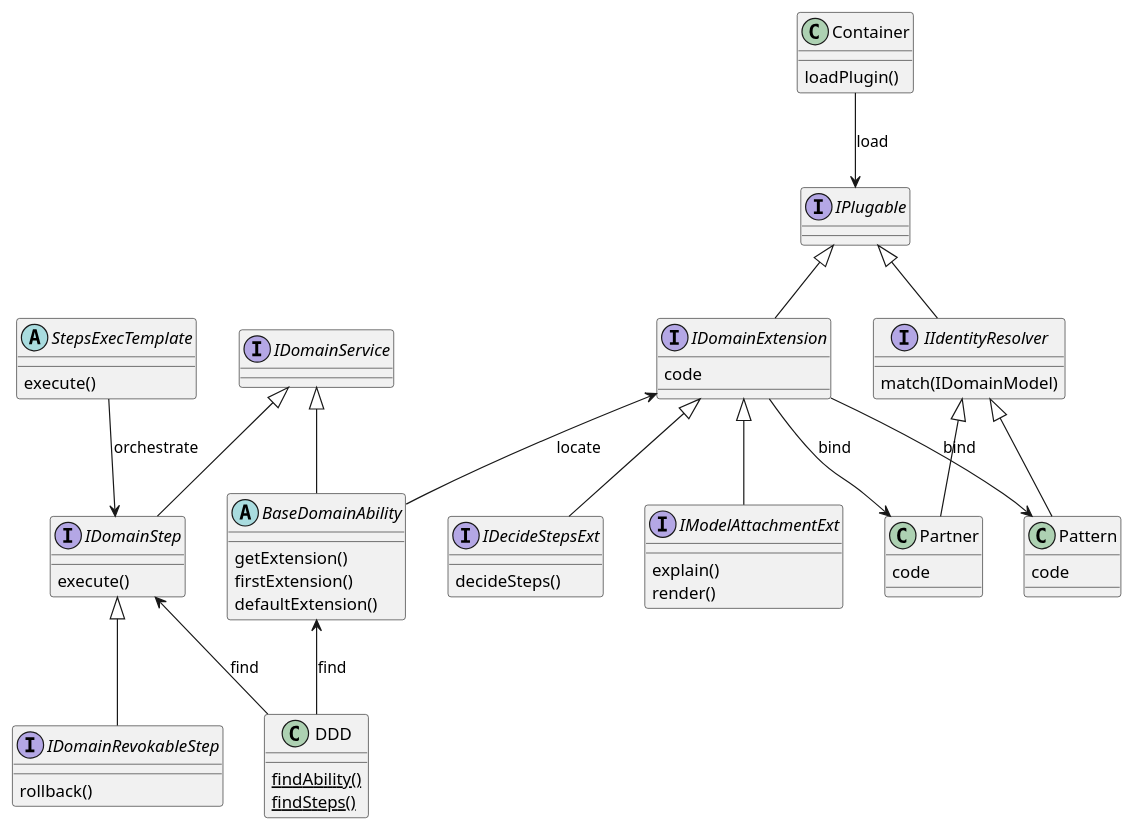
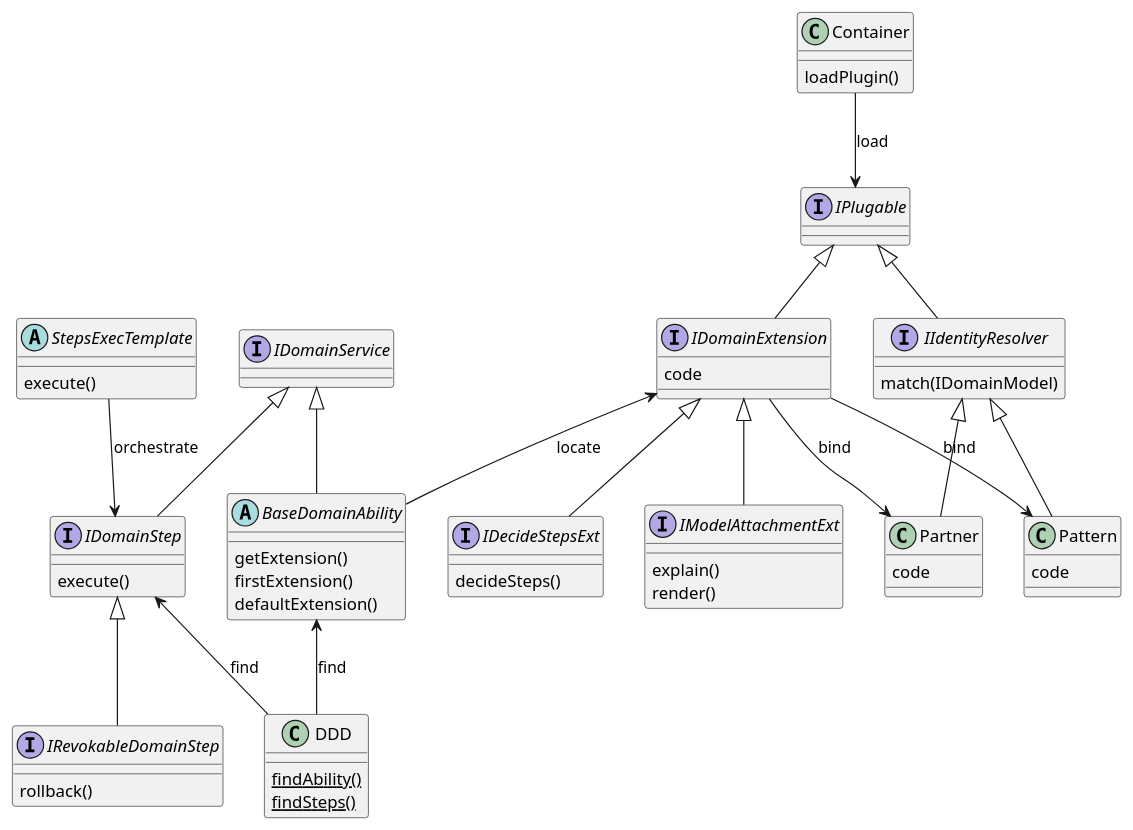
One commit to funkygao/cp-ddd-framework changed the diagram in doc/classes.puml. Above: the diagram before and after it, drawn with PlantUML. The commit also changed 7 other files, not shown here.

Commit message:
rename IDomainRevokableStep -> IRevokableDomainStep

```diff
--- a/doc/classes.puml
+++ b/doc/classes.puml
@@ -1,58 +1,58 @@
 @startuml
 skinparam handwritten false
 skinparam shadowing<<with_shadow>> true
 ' left to right direction
 
 interface IDomainService
 interface IDomainStep
 IDomainStep : execute()
 interface IDecideStepsExt
-interface IDomainRevokableStep
-IDomainRevokableStep : rollback()
+interface IRevokableDomainStep
+IRevokableDomainStep : rollback()
 interface IIdentityResolver
 interface IDomainExtension
 interface IPlugable
 IPlugable <|-- IDomainExtension
 IPlugable <|-- IIdentityResolver
 interface IModelAttachmentExt
 IModelAttachmentExt : explain()
 IModelAttachmentExt : render()
 abstract StepsExecTemplate
 abstract BaseDomainAbility
 BaseDomainAbility : getExtension()
 BaseDomainAbility : firstExtension()
 BaseDomainAbility : defaultExtension()
 StepsExecTemplate : execute()
 DDD : {static} findAbility()
 DDD : {static} findSteps()
 IDecideStepsExt : decideSteps()
 IIdentityResolver : match(IDomainModel)
 
 IDomainService <|-- IDomainStep
-IDomainStep <|-- IDomainRevokableStep
+IDomainStep <|-- IRevokableDomainStep
 IDomainService <|-- BaseDomainAbility
 
 IDomainExtension <|-- IDecideStepsExt
 IDomainExtension <|-- IModelAttachmentExt
 
 IIdentityResolver <|-- Pattern
 IIdentityResolver <|-- Partner
 
 BaseDomainAbility <-- DDD: find
 IDomainStep <-- DDD: find
 
 IDomainExtension <-- BaseDomainAbility: locate
 
 IDomainExtension --> Pattern: bind
 IDomainExtension --> Partner: bind
 
 Container : loadPlugin()
 
 Container --> IPlugable : load
 
 Partner : code
 Pattern : code
 IDomainExtension : code
 
 StepsExecTemplate --> IDomainStep: orchestrate
 @enduml
```
